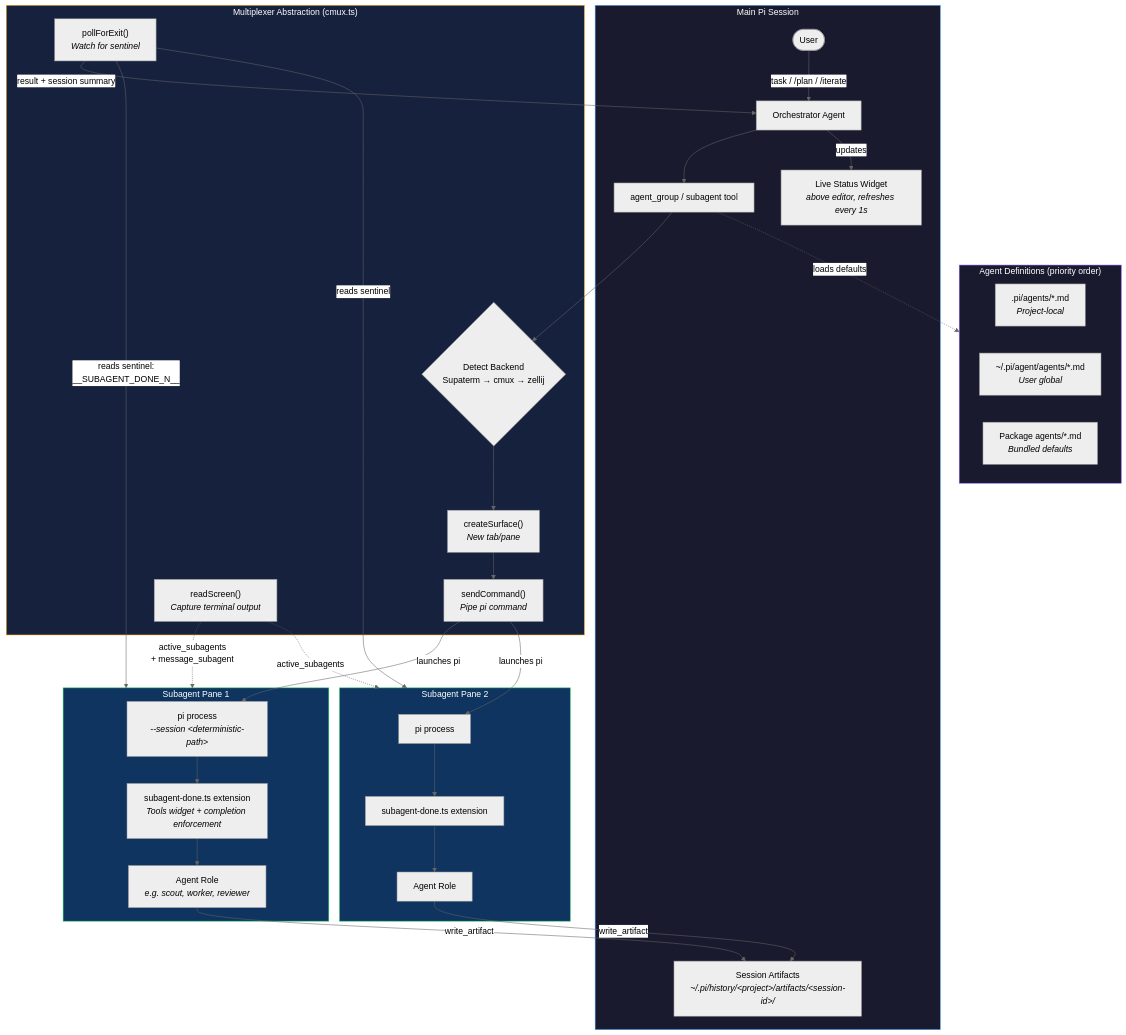
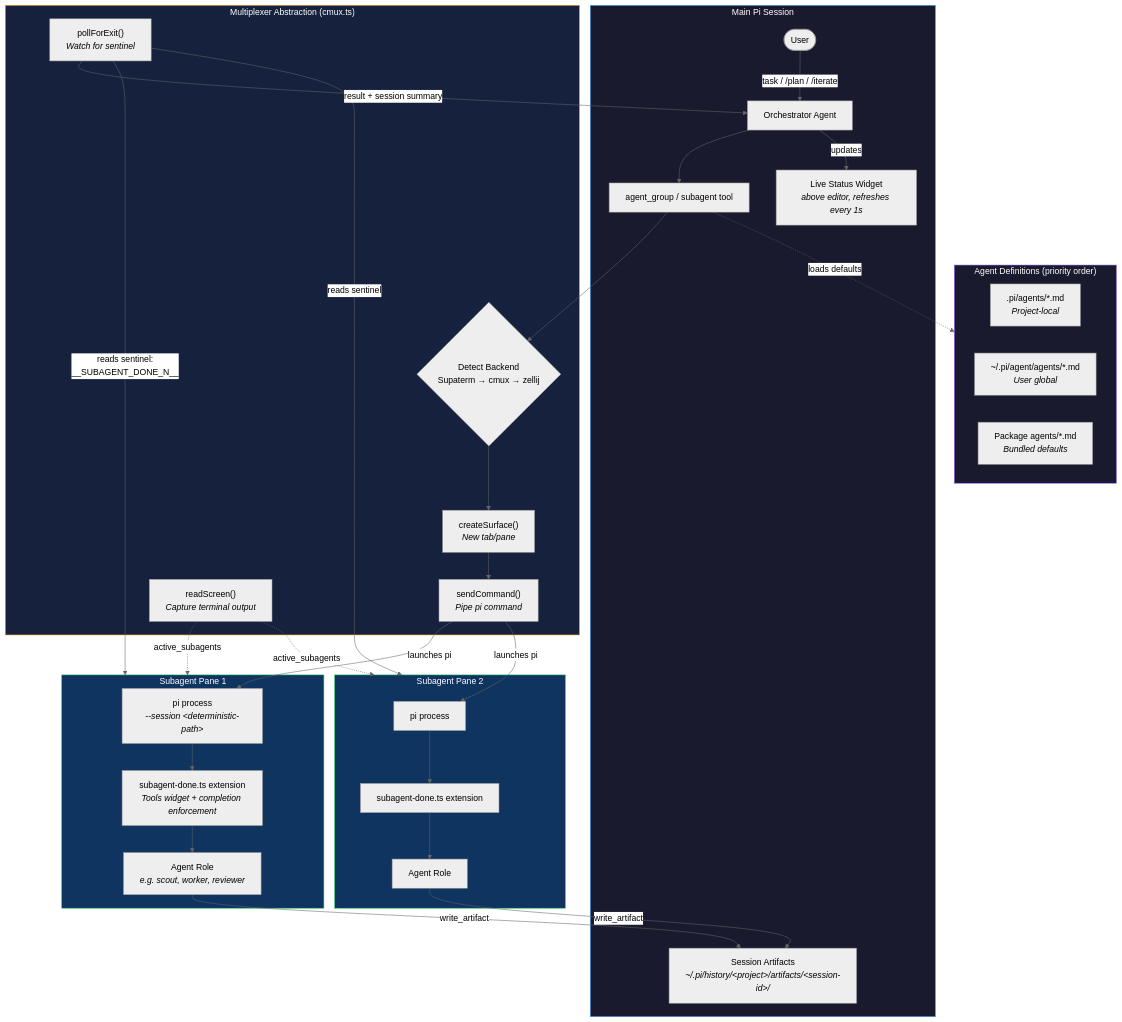
Before and after one commit to umgbhalla/pi-interactive-subagents: the first of 4 diagrams in README.md, drawn with Mermaid (neutral theme). The commit also changed other lines of this file and 9 other files, not shown here.

````diff
--- a/README.md
+++ b/README.md
@@ -85,70 +85,70 @@
 ```mermaid
 flowchart TB
     subgraph Main["Main Pi Session"]
         User([User])
         Orchestrator["Orchestrator Agent"]
         Widget["Live Status Widget<br/><i>above editor, refreshes every 1s</i>"]
         AgentGroup["agent_group / subagent tool"]
         ArtifactStore["Session Artifacts<br/><i>~/.pi/history/&lt;project&gt;/artifacts/&lt;session-id&gt;/</i>"]
     end
 
     subgraph MuxLayer["Multiplexer Abstraction (cmux.ts)"]
         MuxDetect{"Detect Backend<br/>Supaterm → cmux → zellij"}
         CreateSurface["createSurface()<br/><i>New tab/pane</i>"]
         SendCmd["sendCommand()<br/><i>Pipe pi command</i>"]
         PollExit["pollForExit()<br/><i>Watch for sentinel</i>"]
         ReadScreen["readScreen()<br/><i>Capture terminal output</i>"]
     end
 
     subgraph Sub1["Subagent Pane 1"]
         PiProc1["pi process<br/><i>--session &lt;deterministic-path&gt;</i>"]
         SubDone1["subagent-done.ts extension<br/><i>Tools widget + completion enforcement</i>"]
         Agent1["Agent Role<br/><i>e.g. scout, worker, reviewer</i>"]
     end
 
     subgraph Sub2["Subagent Pane 2"]
         PiProc2["pi process"]
         SubDone2["subagent-done.ts extension"]
         Agent2["Agent Role"]
     end
 
     subgraph AgentDefs["Agent Definitions (priority order)"]
         ProjectAgents[".pi/agents/*.md<br/><i>Project-local</i>"]
         GlobalAgents["~/.pi/agent/agents/*.md<br/><i>User global</i>"]
         BundledAgents["Package agents/*.md<br/><i>Bundled defaults</i>"]
     end
 
     User -->|"task / /plan / /iterate"| Orchestrator
     Orchestrator --> AgentGroup
     AgentGroup --> MuxDetect
     MuxDetect --> CreateSurface
     CreateSurface --> SendCmd
 
     SendCmd -->|"launches pi"| PiProc1
     SendCmd -->|"launches pi"| PiProc2
 
     PiProc1 --> SubDone1
     SubDone1 --> Agent1
     PiProc2 --> SubDone2
     SubDone2 --> Agent2
 
     Agent1 -->|"write_artifact"| ArtifactStore
     Agent2 -->|"write_artifact"| ArtifactStore
 
     PollExit -->|"reads sentinel:<br/>__SUBAGENT_DONE_N__"| Sub1
     PollExit -->|"reads sentinel"| Sub2
 
     PollExit -->|"result + session summary"| Orchestrator
     Orchestrator -->|"updates"| Widget
 
     AgentGroup -.->|"loads defaults"| AgentDefs
 
-    ReadScreen -.->|"active_subagents<br/>+ message_subagent"| Sub1
+    ReadScreen -.->|"active_subagents"| Sub1
     ReadScreen -.->|"active_subagents"| Sub2
 
     style Main fill:#1a1a2e,stroke:#4da6ff,color:#fff
     style MuxLayer fill:#16213e,stroke:#f59e0b,color:#fff
     style Sub1 fill:#0f3460,stroke:#22c55e,color:#fff
     style Sub2 fill:#0f3460,stroke:#22c55e,color:#fff
     style AgentDefs fill:#1a1a2e,stroke:#8b5cf6,color:#fff
 ```
````
